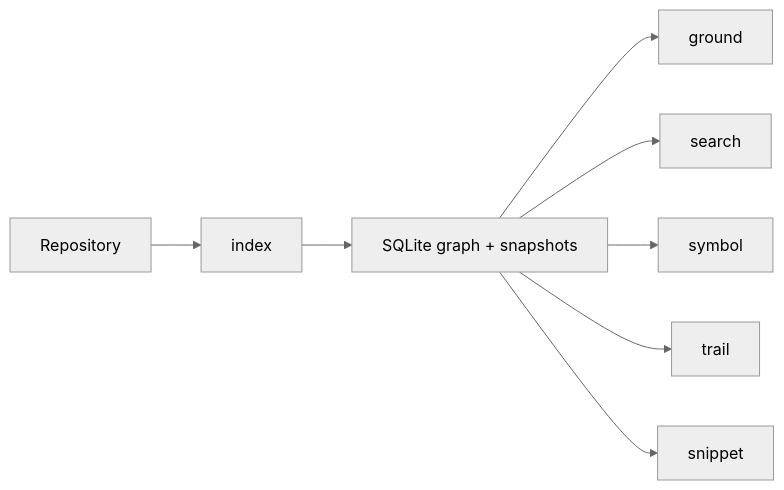
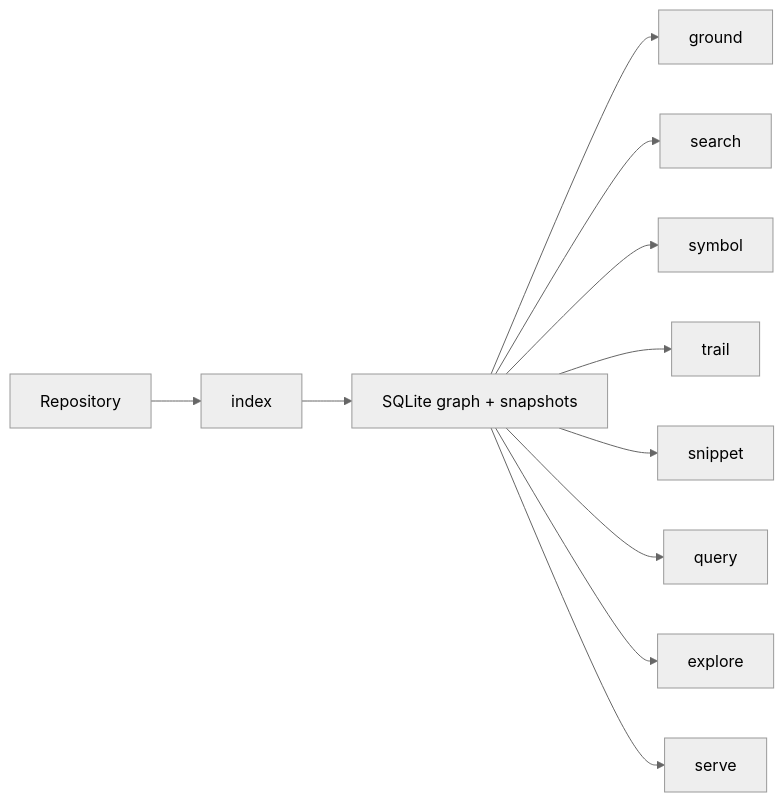
Before and after one commit to TheGreenCedar/CodeStory: the second of 2 diagrams in README.md, drawn with Mermaid (neutral theme). The commit also changed other lines of this file and 29 other files, not shown here.

Commit message:
Add graph queries and monorepo grounding features

````diff
--- a/README.md
+++ b/README.md
@@ -102,10 +109,13 @@
 ```mermaid
 flowchart LR
     Project["Repository"] --> Index["index"]
     Index["index"] --> LocalState["SQLite graph + snapshots"]
     LocalState --> Ground["ground"]
     LocalState --> Search["search"]
     LocalState --> Symbol["symbol"]
     LocalState --> Trail["trail"]
     LocalState --> Snippet["snippet"]
+    LocalState --> Query["query"]
+    LocalState --> Explore["explore"]
+    LocalState --> Serve["serve"]
 ```
````
